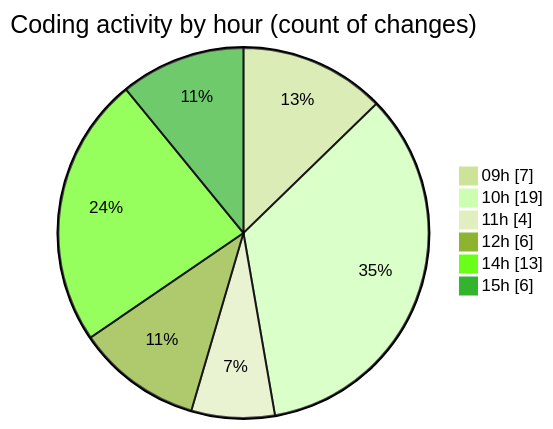
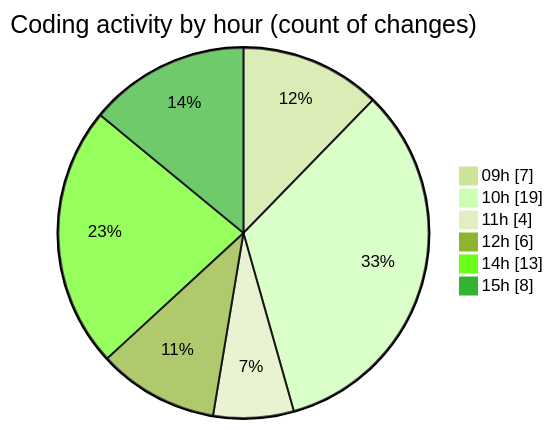
Before and after one commit to momahboobian/code-tracking: the second of 2 diagrams in 2025-11-12/cda/README.md, drawn with Mermaid (forest theme). The commit also changed other lines of this file and 1 other file, not shown here.

````diff
--- a/2025-11-12/cda/README.md
+++ b/2025-11-12/cda/README.md
@@ -46,10 +48,10 @@
 ```mermaid
 pie showData
 title Coding activity by hour (count of changes)
 "09h" : 7
 "10h" : 19
 "11h" : 4
 "12h" : 6
 "14h" : 13
-"15h" : 6
+"15h" : 8
 ```
````
